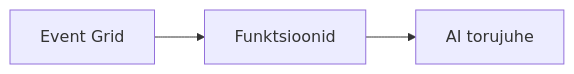
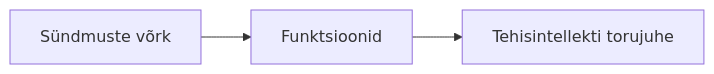
Before and after one commit to microsoft/AZD-for-beginners: the second of 2 diagrams in translations/et/docs/chapter-08-production/README.md, drawn with Mermaid. The commit also changed other lines of this file and 61 other files, not shown here.

````diff
--- a/translations/et/docs/chapter-08-production/README.md
+++ b/translations/et/docs/chapter-08-production/README.md
@@ -57,4 +57,4 @@
 ```mermaid
 graph LR
-    EventGrid[Event Grid] --> Functions[Funktsioonid] --> Pipeline[AI torujuhe]
+    EventGrid[Sündmuste võrk] --> Functions[Funktsioonid] --> Pipeline[Tehisintellekti torujuhe]
 ```
````
